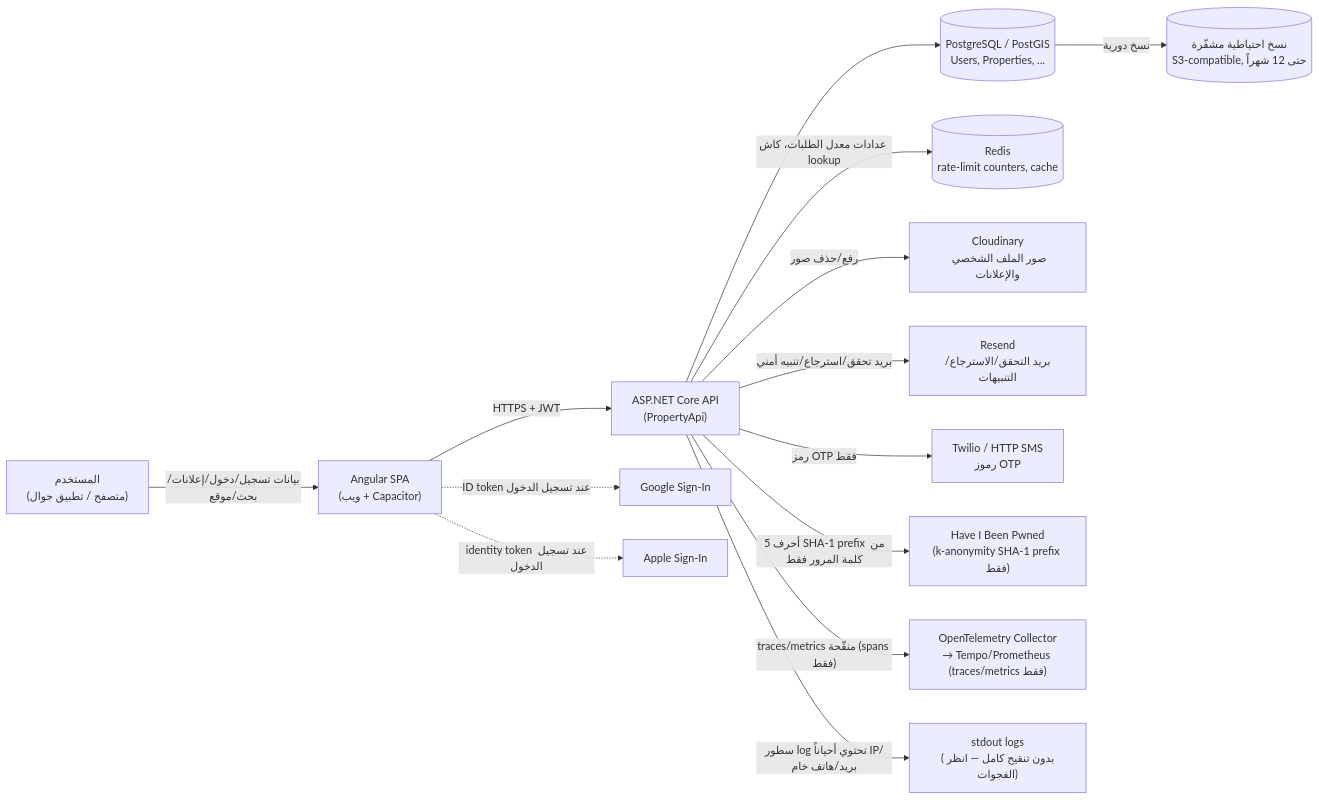
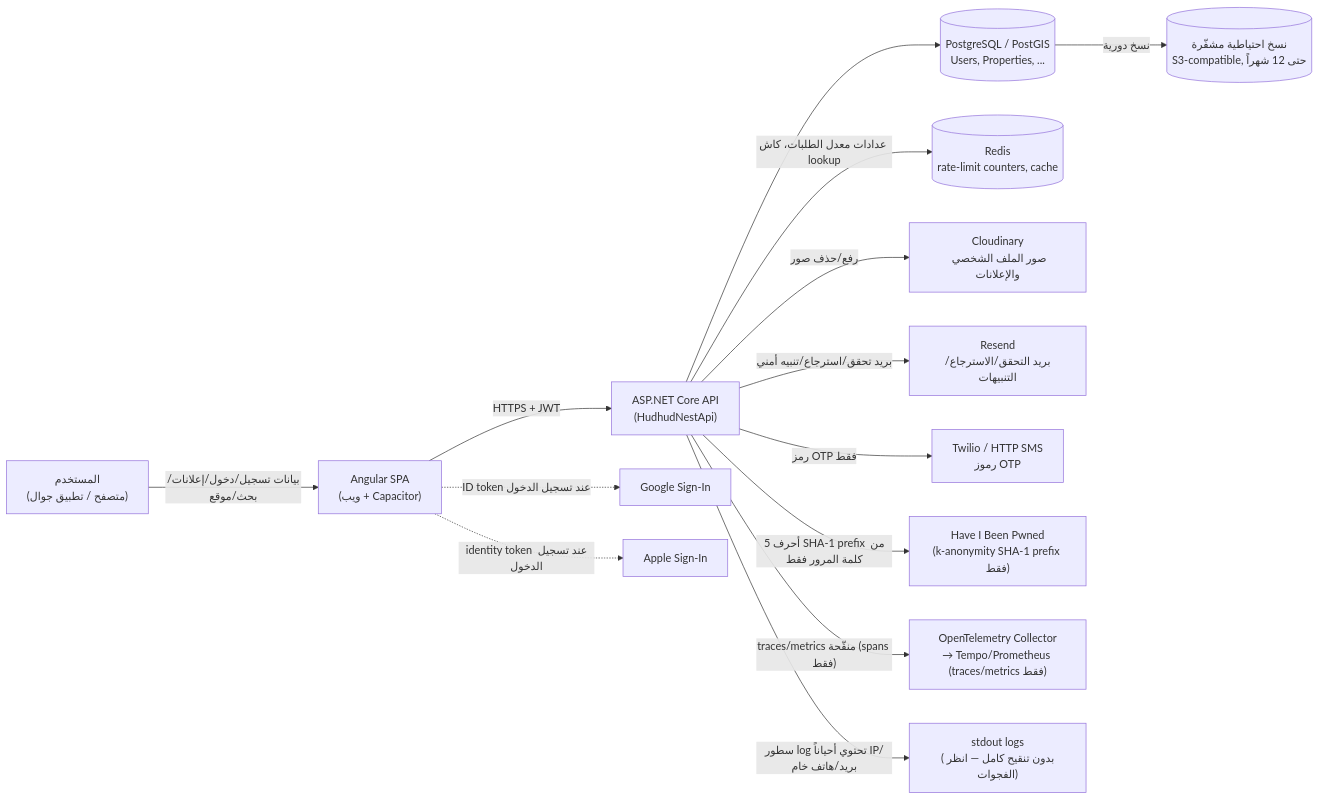
One commit to Naeem-Ba/HudhudNestApi changed the diagram in docs/privacy/data-flow.md. Above: the diagram before and after it, drawn with Mermaid. The commit also changed other lines of this file and 138 other files, not shown here.

First line of the commit message:
chore(brand): complete rename to HudhudNest across code, CI, observability and docs

````diff
--- a/docs/privacy/data-flow.md
+++ b/docs/privacy/data-flow.md
@@ -9,31 +9,31 @@
 ```mermaid
 flowchart LR
     User["المستخدم<br/>(متصفح / تطبيق جوال)"]
     Angular["Angular SPA<br/>(ويب + Capacitor)"]
-    API["ASP.NET Core API<br/>(PropertyApi)"]
+    API["ASP.NET Core API<br/>(HudhudNestApi)"]
     DB[("PostgreSQL / PostGIS<br/>Users, Properties, ...")]
     Redis[("Redis<br/>rate-limit counters, cache")]
     Cloudinary["Cloudinary<br/>صور الملف الشخصي والإعلانات"]
     Resend["Resend<br/>بريد التحقق/الاسترجاع/التنبيهات"]
     Twilio["Twilio / HTTP SMS<br/>رموز OTP"]
     Google["Google Sign-In"]
     Apple["Apple Sign-In"]
     HIBP["Have I Been Pwned<br/>(k-anonymity SHA-1 prefix فقط)"]
     OTel["OpenTelemetry Collector<br/>→ Tempo/Prometheus (traces/metrics فقط)"]
     Logs["stdout logs<br/>(بدون تنقيح كامل — انظر الفجوات)"]
     Backups[("نسخ احتياطية مشفّرة<br/>S3-compatible, حتى 12 شهراً")]
 
     User -->|"بيانات تسجيل/دخول/إعلانات/بحث/موقع"| Angular
     Angular -->|HTTPS + JWT| API
     API --> DB
     API -->|"عدادات معدل الطلبات، كاش lookup"| Redis
     API -->|"رفع/حذف صور"| Cloudinary
     API -->|"بريد تحقق/استرجاع/تنبيه أمني"| Resend
     API -->|"رمز OTP فقط"| Twilio
     Angular -.->|"ID token عند تسجيل الدخول"| Google
     Angular -.->|"identity token عند تسجيل الدخول"| Apple
     API -->|"5 أحرف SHA-1 prefix من كلمة المرور فقط"| HIBP
     API -->|"traces/metrics منقّحة (spans فقط)"| OTel
     API -->|"سطور log تحتوي أحياناً IP/بريد/هاتف خام"| Logs
     DB -->|"نسخ دورية"| Backups
 ```
````
